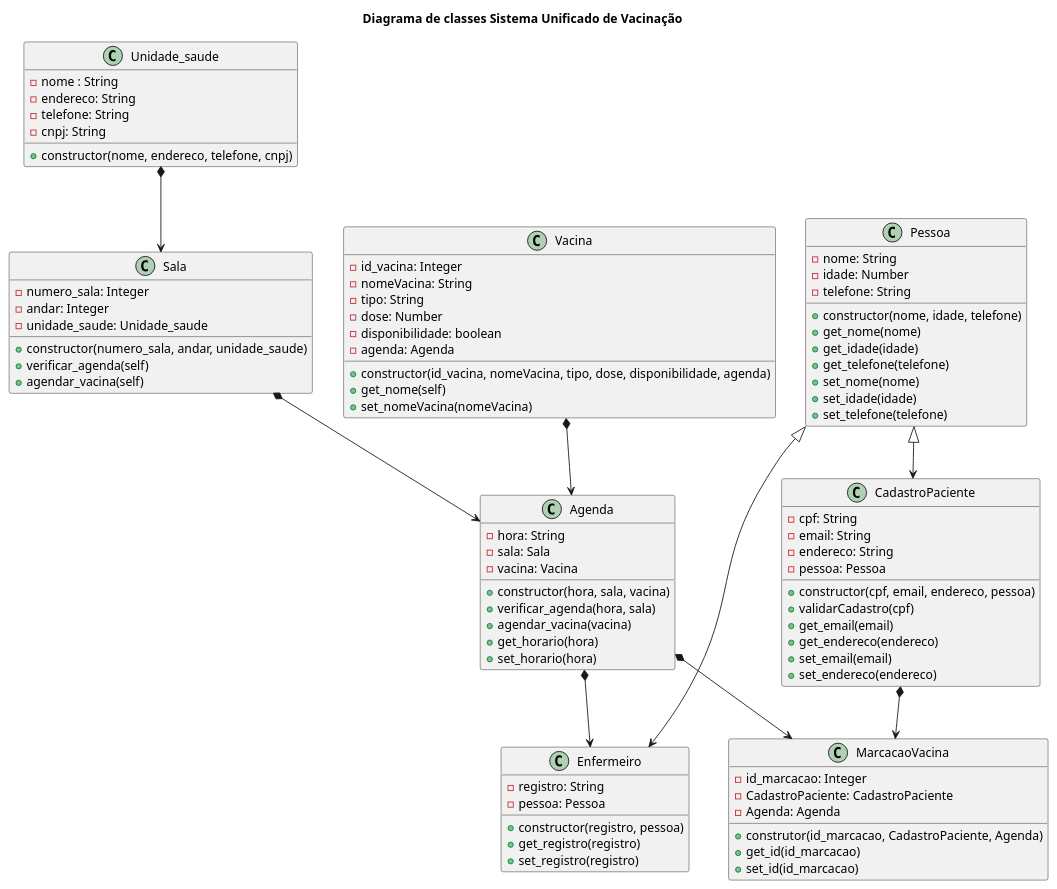
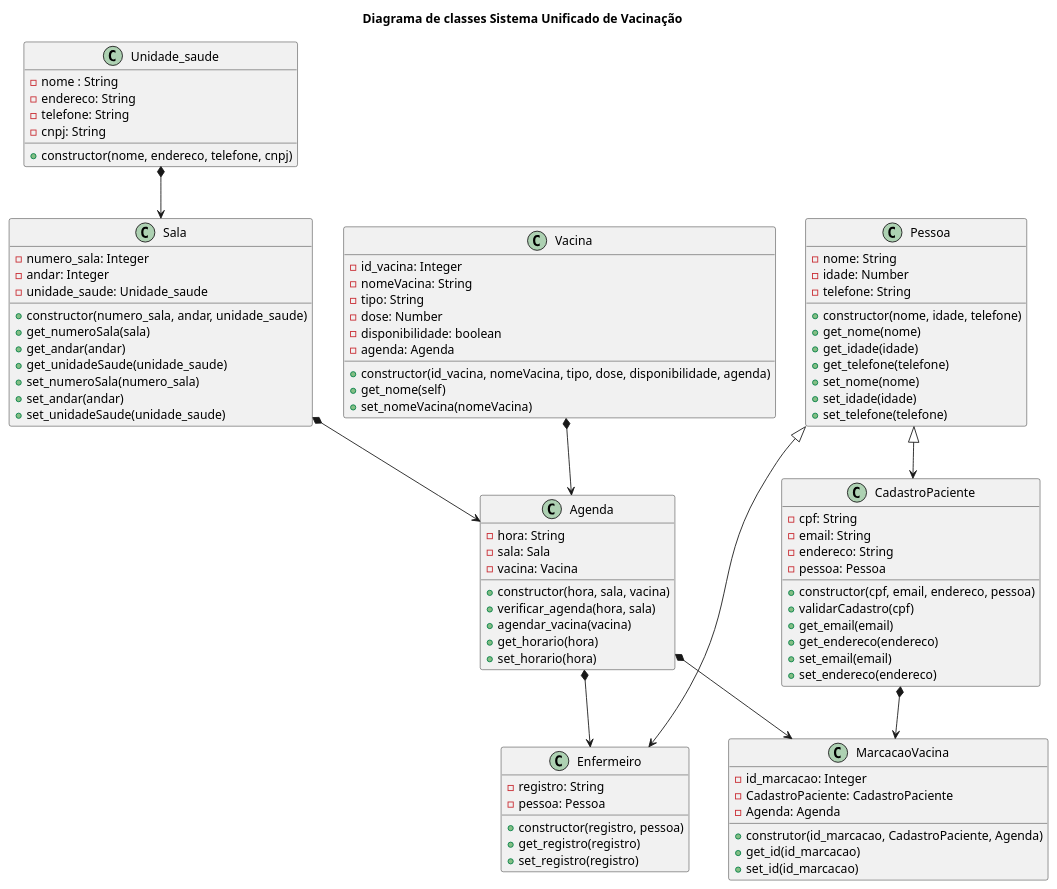
The diagram in diagrama_classe.plantuml (anleaes/2022-1-N2-POO-01), drawn with PlantUML before and after one commit.

Commit message:
atualizacao

```diff
--- a/diagrama_classe.plantuml
+++ b/diagrama_classe.plantuml
@@ -1,98 +1,102 @@
 @startuml diagrama_classe
 
 title Diagrama de classes Sistema Unificado de Vacinação
 
 class Unidade_saude{
     - nome : String
     - endereco: String
     - telefone: String
     - cnpj: String
     + constructor(nome, endereco, telefone, cnpj)
 }
 
 class Sala{
     - numero_sala: Integer
     - andar: Integer
     - unidade_saude: Unidade_saude 
     + constructor(numero_sala, andar, unidade_saude)
-    + verificar_agenda(self)
-    + agendar_vacina(self)
+    + get_numeroSala(sala)
+    + get_andar(andar)
+    + get_unidadeSaude(unidade_saude)
+    + set_numeroSala(numero_sala)
+    + set_andar(andar)
+    + set_unidadeSaude(unidade_saude)
 }
 
 class Agenda{
     - hora: String
     - sala: Sala
     - vacina: Vacina
     + constructor(hora, sala, vacina)
     + verificar_agenda(hora, sala)
     + agendar_vacina(vacina)
     + get_horario(hora)
     + set_horario(hora)
 }
 
 
 Class Vacina{
     - id_vacina: Integer
     - nomeVacina: String
     - tipo: String
     - dose: Number
     - disponibilidade: boolean
     - agenda: Agenda
     + constructor(id_vacina, nomeVacina, tipo, dose, disponibilidade, agenda)
     + get_nome(self)
     + set_nomeVacina(nomeVacina)
 }
 
 class Pessoa{
     - nome: String
     - idade: Number
     - telefone: String
     + constructor(nome, idade, telefone)
     + get_nome(nome)
     + get_idade(idade)
     + get_telefone(telefone)
     + set_nome(nome)
     + set_idade(idade)
     + set_telefone(telefone)
 }
 
 class CadastroPaciente {
     - cpf: String
     - email: String
     - endereco: String
     - pessoa: Pessoa
     + constructor(cpf, email, endereco, pessoa)
     + validarCadastro(cpf)
     + get_email(email)
     + get_endereco(endereco)
     + set_email(email)
     + set_endereco(endereco)
 }
 
 class Enfermeiro {
     - registro: String
     - pessoa: Pessoa
     + constructor(registro, pessoa)
     + get_registro(registro)
     + set_registro(registro)
 }
 
 class MarcacaoVacina{
     - id_marcacao: Integer
     - CadastroPaciente: CadastroPaciente
     - Agenda: Agenda
     + construtor(id_marcacao, CadastroPaciente, Agenda)
     + get_id(id_marcacao)
     + set_id(id_marcacao)
 }
 
 Pessoa <|--> CadastroPaciente
 Pessoa <|--> Enfermeiro
 Unidade_saude *--> Sala
 Sala *--> Agenda
 Vacina *--> Agenda
 Agenda *--> Enfermeiro
 CadastroPaciente *--> MarcacaoVacina
 Agenda *--> MarcacaoVacina
 
 @enduml
```
